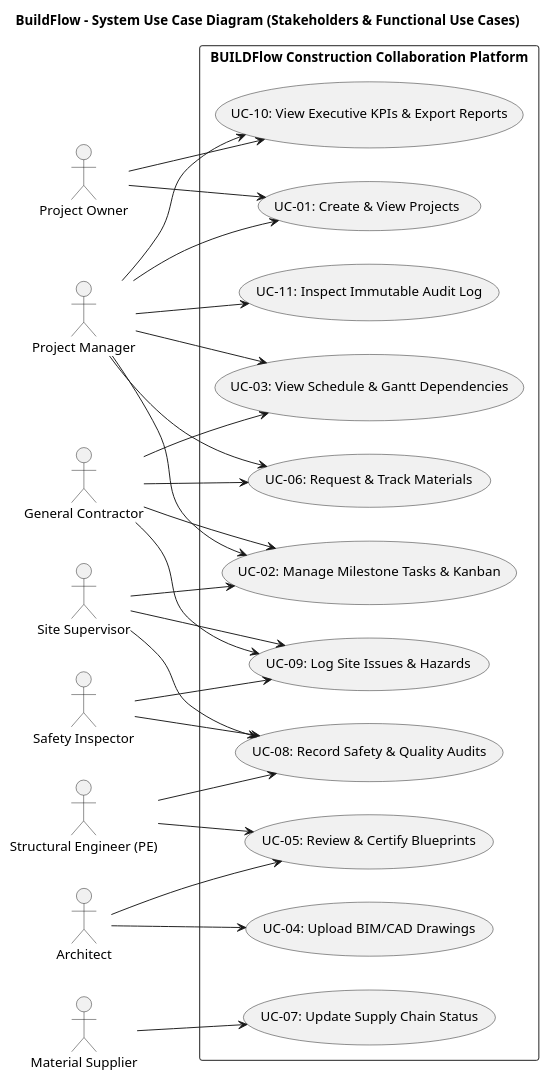
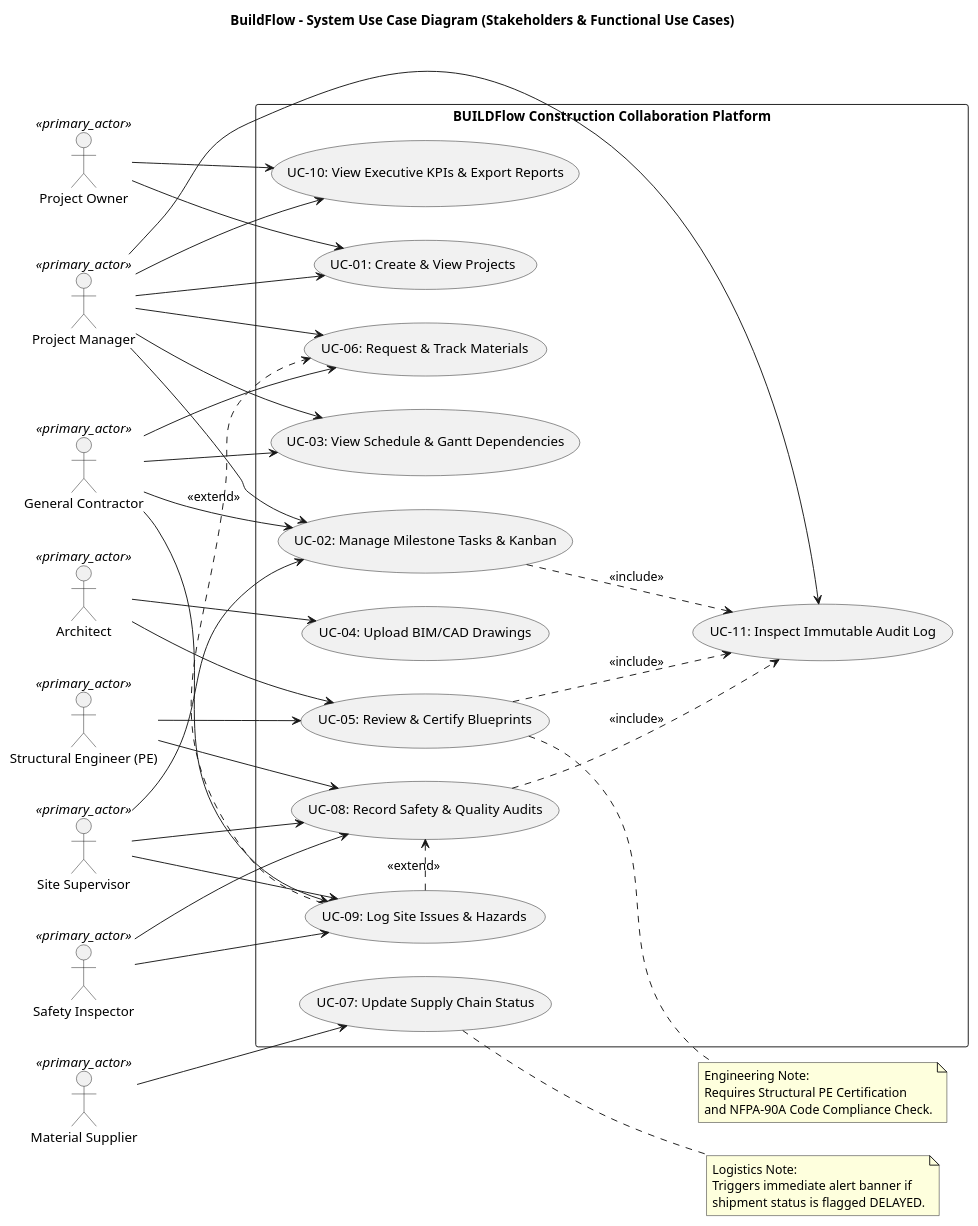
One commit to Shaunakrane914/BuildFlow changed the diagram in docs/uml/usecase_diagram.puml. Above: the diagram before and after it, drawn with PlantUML. The commit also changed 7 other files, not shown here.

Commit message:
feat(uml): implement full 100% SEPM UML compliance across all 9 diagrams (swimlanes, stereotypes, generalization trees, realization contracts, include/extend, alt/else fragments)

```diff
--- a/docs/uml/usecase_diagram.puml
+++ b/docs/uml/usecase_diagram.puml
@@ -1,60 +1,79 @@
 @startuml BuildFlow_UseCase_Diagram
 title BuildFlow - System Use Case Diagram (Stakeholders & Functional Use Cases)
 left to right direction
 skinparam packageStyle rectangle
 skinparam shadowing false
 
-actor "Project Owner" as Owner
-actor "Project Manager" as PM
-actor "Architect" as Arch
-actor "Structural Engineer (PE)" as Eng
-actor "General Contractor" as Cont
-actor "Site Supervisor" as Site
-actor "Material Supplier" as Supp
-actor "Safety Inspector" as Insp
+actor "Project Owner" as Owner <<primary_actor>>
+actor "Project Manager" as PM <<primary_actor>>
+actor "Architect" as Arch <<primary_actor>>
+actor "Structural Engineer (PE)" as Eng <<primary_actor>>
+actor "General Contractor" as Cont <<primary_actor>>
+actor "Site Supervisor" as Site <<primary_actor>>
+actor "Material Supplier" as Supp <<primary_actor>>
+actor "Safety Inspector" as Insp <<primary_actor>>
 
 rectangle "BUILDFlow Construction Collaboration Platform" {
   usecase "UC-01: Create & View Projects" as UC1
   usecase "UC-02: Manage Milestone Tasks & Kanban" as UC2
   usecase "UC-03: View Schedule & Gantt Dependencies" as UC3
   usecase "UC-04: Upload BIM/CAD Drawings" as UC4
   usecase "UC-05: Review & Certify Blueprints" as UC5
   usecase "UC-06: Request & Track Materials" as UC6
   usecase "UC-07: Update Supply Chain Status" as UC7
   usecase "UC-08: Record Safety & Quality Audits" as UC8
   usecase "UC-09: Log Site Issues & Hazards" as UC9
   usecase "UC-10: View Executive KPIs & Export Reports" as UC10
   usecase "UC-11: Inspect Immutable Audit Log" as UC11
 }
+
+note right of UC5
+  Engineering Note:
+  Requires Structural PE Certification
+  and NFPA-90A Code Compliance Check.
+end note
+
+note right of UC7
+  Logistics Note:
+  Triggers immediate alert banner if
+  shipment status is flagged DELAYED.
+end note
 
 Owner --> UC1
 Owner --> UC10
 
 PM --> UC1
 PM --> UC2
 PM --> UC3
 PM --> UC6
 PM --> UC10
 PM --> UC11
 
 Arch --> UC4
 Arch --> UC5
 
 Eng --> UC5
 Eng --> UC8
 
 Cont --> UC2
 Cont --> UC3
 Cont --> UC6
 Cont --> UC9
 
 Site --> UC2
 Site --> UC8
 Site --> UC9
 
 Supp --> UC7
 
 Insp --> UC8
 Insp --> UC9
 
+UC2 ..> UC11 : <<include>>
+UC5 ..> UC11 : <<include>>
+UC8 ..> UC11 : <<include>>
+
+UC9 .> UC6 : <<extend>>
+UC9 .> UC8 : <<extend>>
+
 @enduml
```
